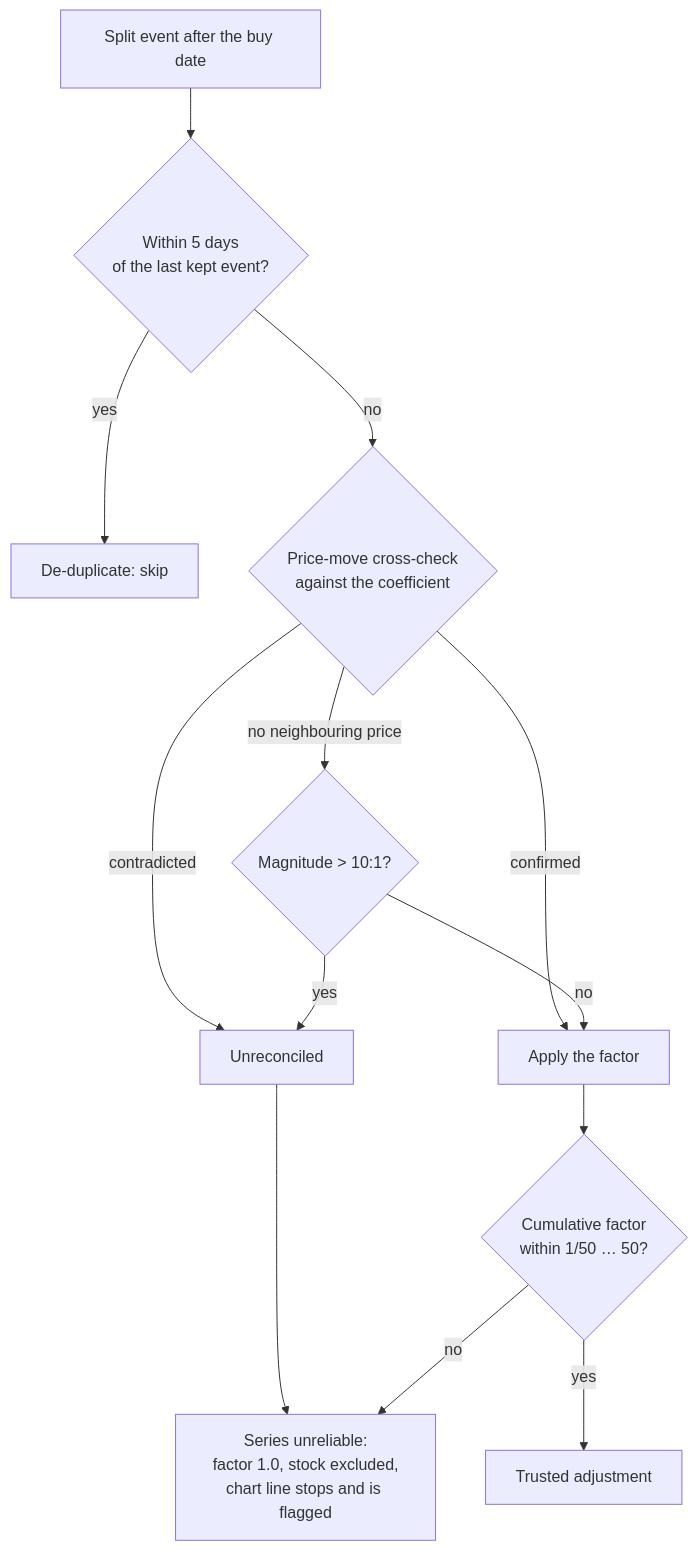
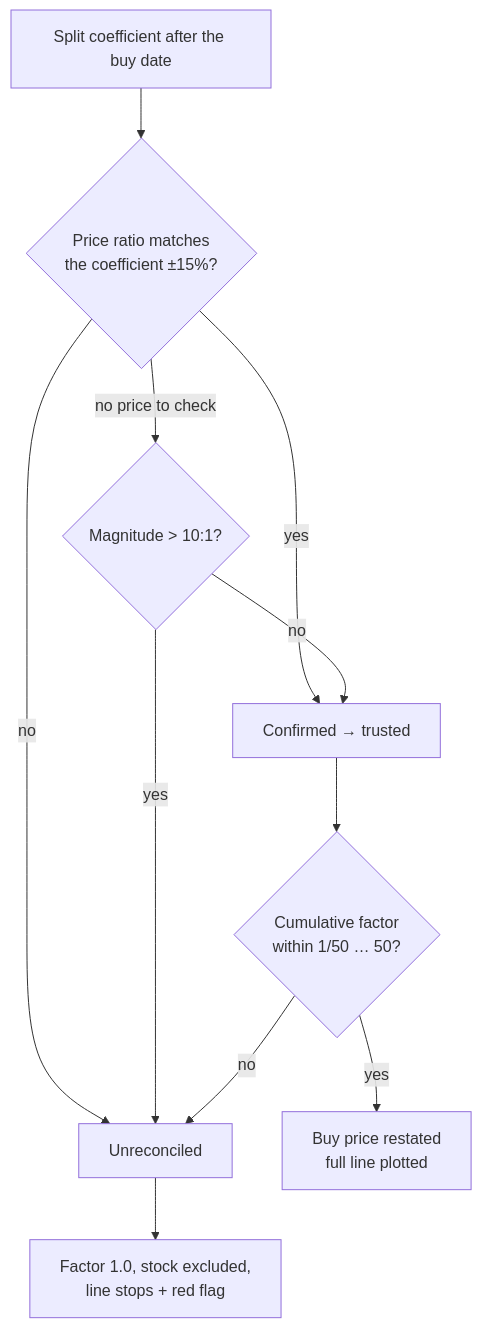
The diagram in docs/archive/pr-summaries/pr-summary-831.md (stSoftwareAU/GRQ-validation), drawn with Mermaid before and after one commit. The commit also changed other lines of this file, not shown here.

````diff
--- a/docs/archive/pr-summaries/pr-summary-831.md
+++ b/docs/archive/pr-summaries/pr-summary-831.md
@@ -56,15 +35,13 @@
 ```mermaid
 flowchart TD
-    S[Split event after the buy date] --> D{Within 5 days<br/>of the last kept event?}
-    D -- yes --> DUP[De-duplicate: skip]
-    D -- no --> X{Price-move cross-check<br/>against the coefficient}
-    X -- contradicted --> U[Unreconciled]
-    X -- confirmed --> OK[Apply the factor]
-    X -- no neighbouring price --> M{Magnitude > 10:1?}
+    S[Split coefficient after the buy date] --> X{Price ratio matches<br/>the coefficient ±15%?}
+    X -- yes --> C[Confirmed → trusted]
+    X -- no --> U[Unreconciled]
+    X -- no price to check --> M{Magnitude > 10:1?}
     M -- yes --> U
-    M -- no --> OK
-    U --> C[Series unreliable:<br/>factor 1.0, stock excluded,<br/>chart line stops and is flagged]
-    OK --> B{Cumulative factor<br/>within 1/50 … 50?}
-    B -- no --> C
-    B -- yes --> T[Trusted adjustment]
+    M -- no --> C
+    C --> F{Cumulative factor<br/>within 1/50 … 50?}
+    F -- yes --> OK[Buy price restated<br/>full line plotted]
+    F -- no --> U
+    U --> STOP[Factor 1.0, stock excluded,<br/>line stops + red flag]
 ```
````
